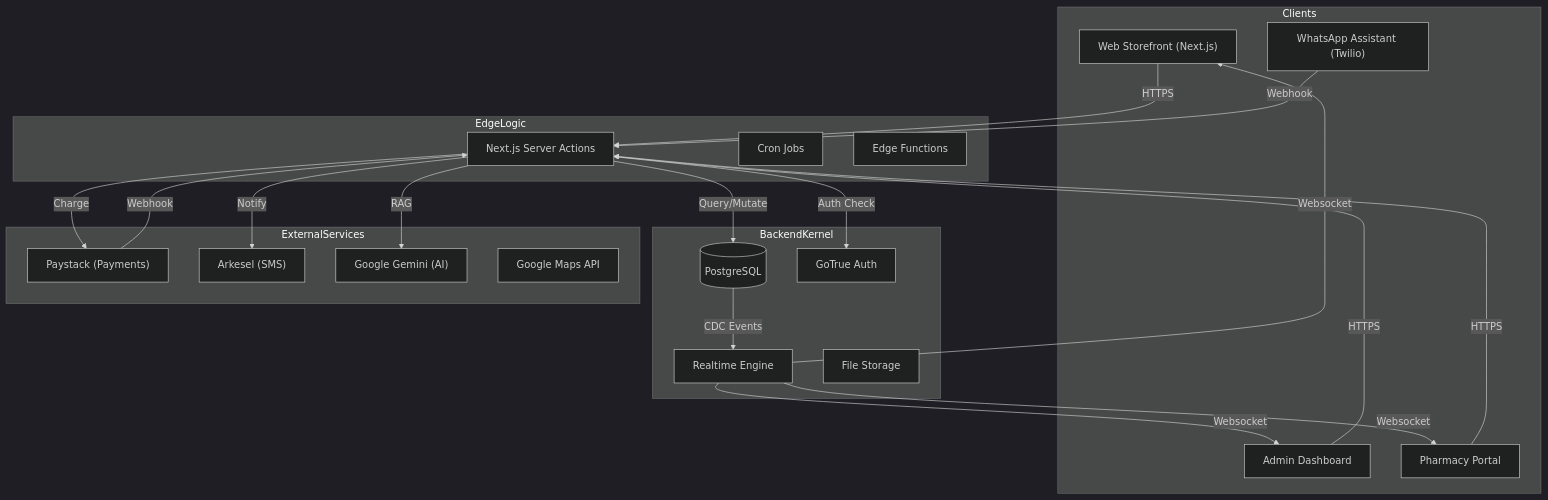
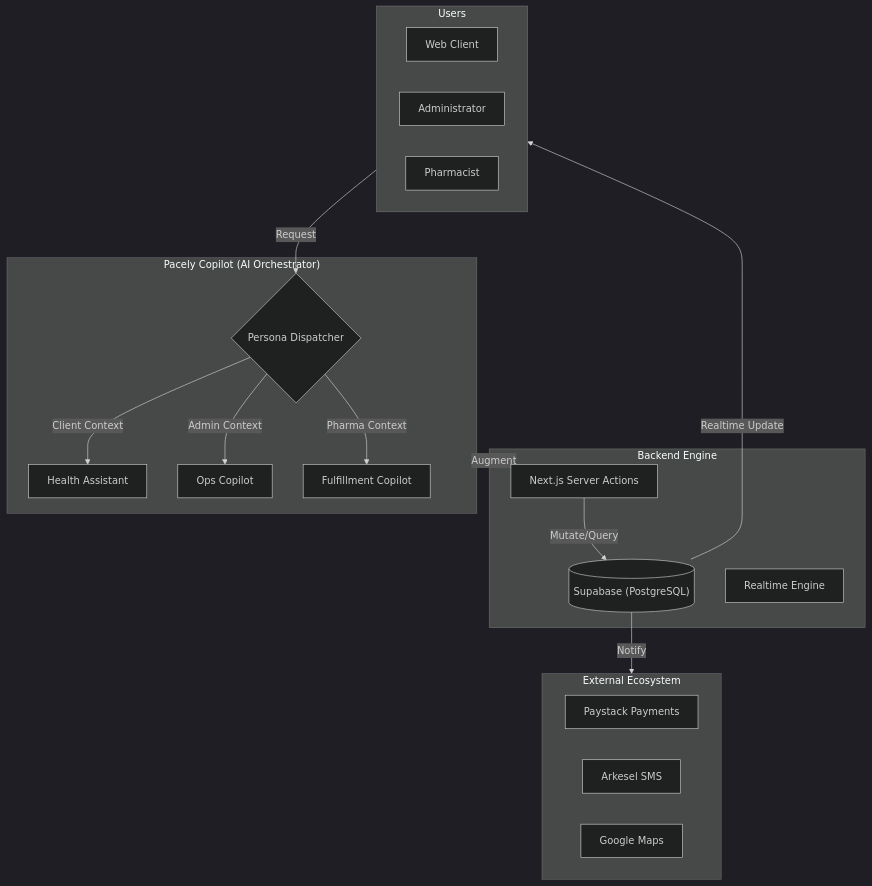
Before and after one commit to naeemAbdul-Aziz/discreetkit: the first of 3 diagrams in docs/technical/SYSTEM_DESIGN.md, drawn with Mermaid (dark theme). The commit also changed other lines of this file and 24 other files, not shown here.

First line of the commit message:
feat: implement Pacely Copilot & modernize technical/investor documentation

````diff
--- a/docs/technical/SYSTEM_DESIGN.md
+++ b/docs/technical/SYSTEM_DESIGN.md
@@ -284,49 +284,33 @@
 ```mermaid
 graph TD
-    subgraph Clients
-        Web["Web Storefront (Next.js)"]
-        WA["WhatsApp Assistant (Twilio)"]
-        Admin["Admin Dashboard"]
-        Pharm["Pharmacy Portal"]
+    subgraph Users
+        Client["Web Client"]
+        AdminUser["Administrator"]
+        PharmaUser["Pharmacist"]
     end
 
-    subgraph BackendKernel
-        DB[("PostgreSQL")]
-        Auth["GoTrue Auth"]
-        Realitme["Realtime Engine"]
-        Storage["File Storage"]
+    subgraph PacelyCopilot["Pacely Copilot (AI Orchestrator)"]
+        PersonaDispatch{Persona Dispatcher}
+        PersonaDispatch -->|Client Context| ClientAI[Health Assistant]
+        PersonaDispatch -->|Admin Context| StrategicAI[Ops Copilot]
+        PersonaDispatch -->|Pharma Context| LogisticsAI[Fulfillment Copilot]
     end
 
-    subgraph EdgeLogic
+    subgraph BackendEngine["Backend Engine"]
         API["Next.js Server Actions"]
-        Cron["Cron Jobs"]
-        BaaS["Edge Functions"]
+        DB[("Supabase (PostgreSQL)")]
+        Realtime["Realtime Engine"]
     end
 
-    subgraph ExternalServices
-        Paystack["Paystack (Payments)"]
-        Arkesel["Arkesel (SMS)"]
-        Genkit["Google Gemini (AI)"]
-        Maps["Google Maps API"]
+    subgraph Systems["External Ecosystem"]
+        Paystack["Paystack Payments"]
+        Arkesel["Arkesel SMS"]
+        Maps["Google Maps"]
     end
 
-    Web -->|HTTPS| API
-    Admin -->|HTTPS| API
-    Pharm -->|HTTPS| API
-    
-    WA -->|Webhook| API
-    
-    API -->|Query/Mutate| DB
-    API -->|Auth Check| Auth
-    
-    API -->|Charge| Paystack
-    API -->|Notify| Arkesel
-    API -->|RAG| Genkit
-    
-    Paystack -->|Webhook| API
-    
-    DB -->|CDC Events| Realitme
-    Realitme -->|Websocket| Admin
-    Realitme -->|Websocket| Pharm
-    Realitme -->|Websocket| Web
+    Users -->|Request| PersonaDispatch
+    PacelyCopilot -->|Augment| API
+    API -->|Mutate/Query| DB
+    DB -->|Notify| Systems
+    DB -->|Realtime Update| Users
 ```
````
